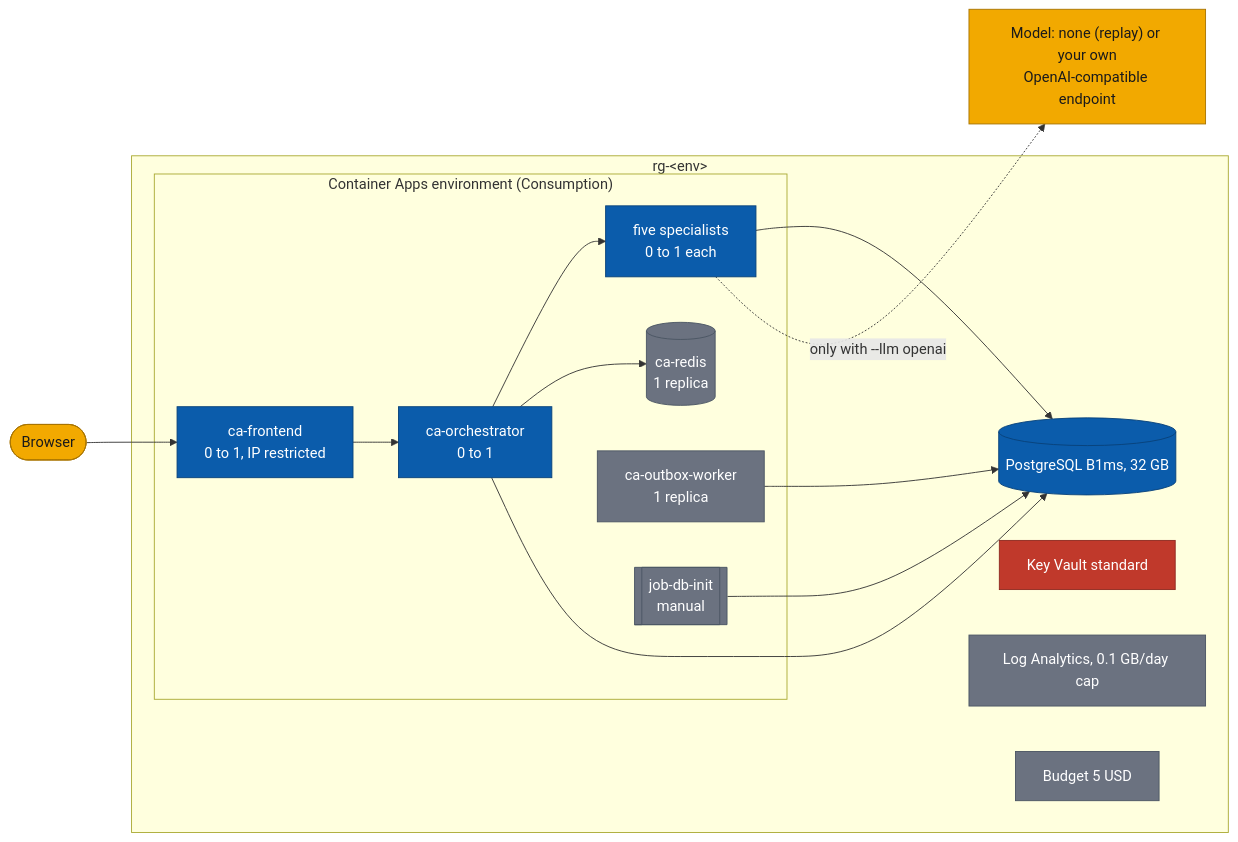
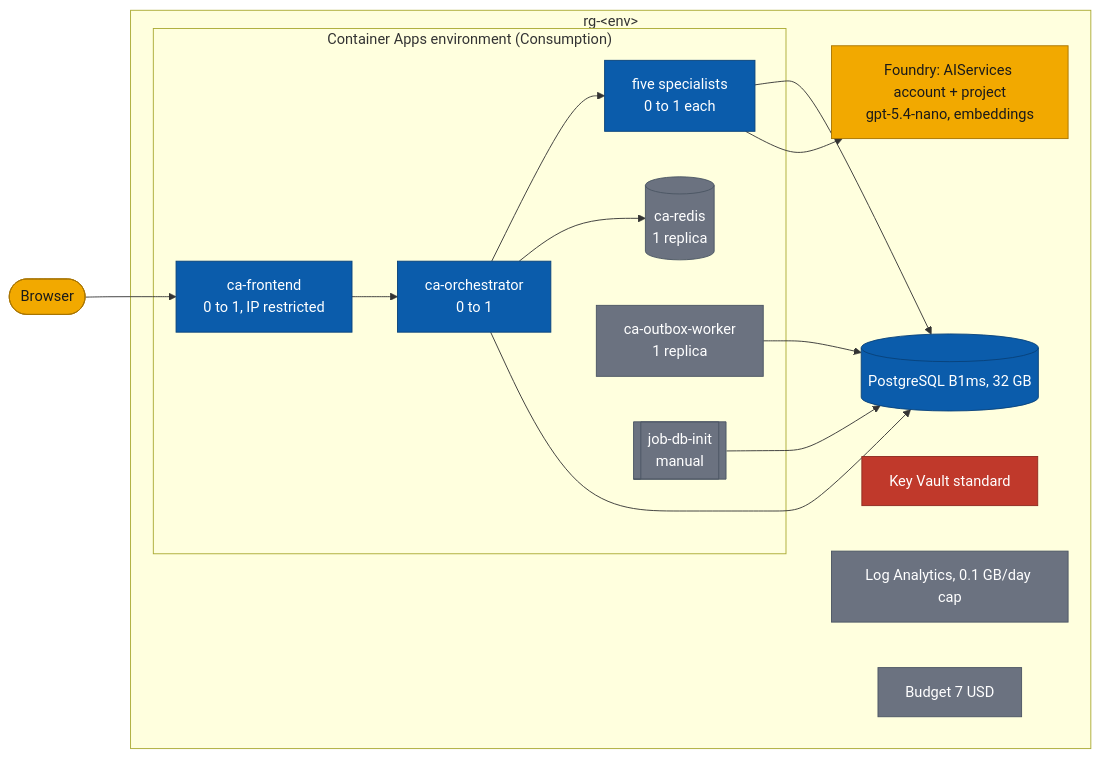
Before and after one commit to nitin27may/e-commerce-agents: the first of 2 diagrams in docs/azure-deployment-sequence.md, drawn with Mermaid. The commit also changed other lines of this file and 5 other files, not shown here.

````diff
--- a/docs/azure-deployment-sequence.md
+++ b/docs/azure-deployment-sequence.md
@@ -28,28 +29,28 @@
 ```mermaid
 flowchart LR
     user([Browser]):::ext --> web
     subgraph rg["rg-&lt;env&gt;"]
         subgraph ca["Container Apps environment (Consumption)"]
             web["ca-frontend<br/>0 to 1, IP restricted"]:::core --> orch["ca-orchestrator<br/>0 to 1"]:::core
             orch --> spec["five specialists<br/>0 to 1 each"]:::core
             orch --> redis[("ca-redis<br/>1 replica")]:::infra
             worker["ca-outbox-worker<br/>1 replica"]:::infra
             job[["job-db-init<br/>manual"]]:::infra
         end
         pg[("PostgreSQL B1ms, 32 GB")]:::core
+        foundry["Foundry: AIServices account + project<br/>gpt-5.4-nano, embeddings"]:::ext
         kv["Key Vault standard"]:::sec
         log["Log Analytics, 0.1 GB/day cap"]:::infra
-        bud["Budget 5 USD"]:::infra
+        bud["Budget 7 USD"]:::infra
     end
-    llm["Model: none (replay) or your own<br/>OpenAI-compatible endpoint"]:::ext
     orch --> pg
     spec --> pg
     worker --> pg
     job --> pg
-    spec -. "only with --llm openai" .-> llm
+    spec --> foundry
 
     classDef core fill:#0b5cab,stroke:#08427a,color:#ffffff
     classDef ext fill:#f2a900,stroke:#a87400,color:#1a1a1a
     classDef sec fill:#c0392b,stroke:#8e2a20,color:#ffffff
     classDef infra fill:#6b7280,stroke:#4b5563,color:#ffffff
 ```
````
